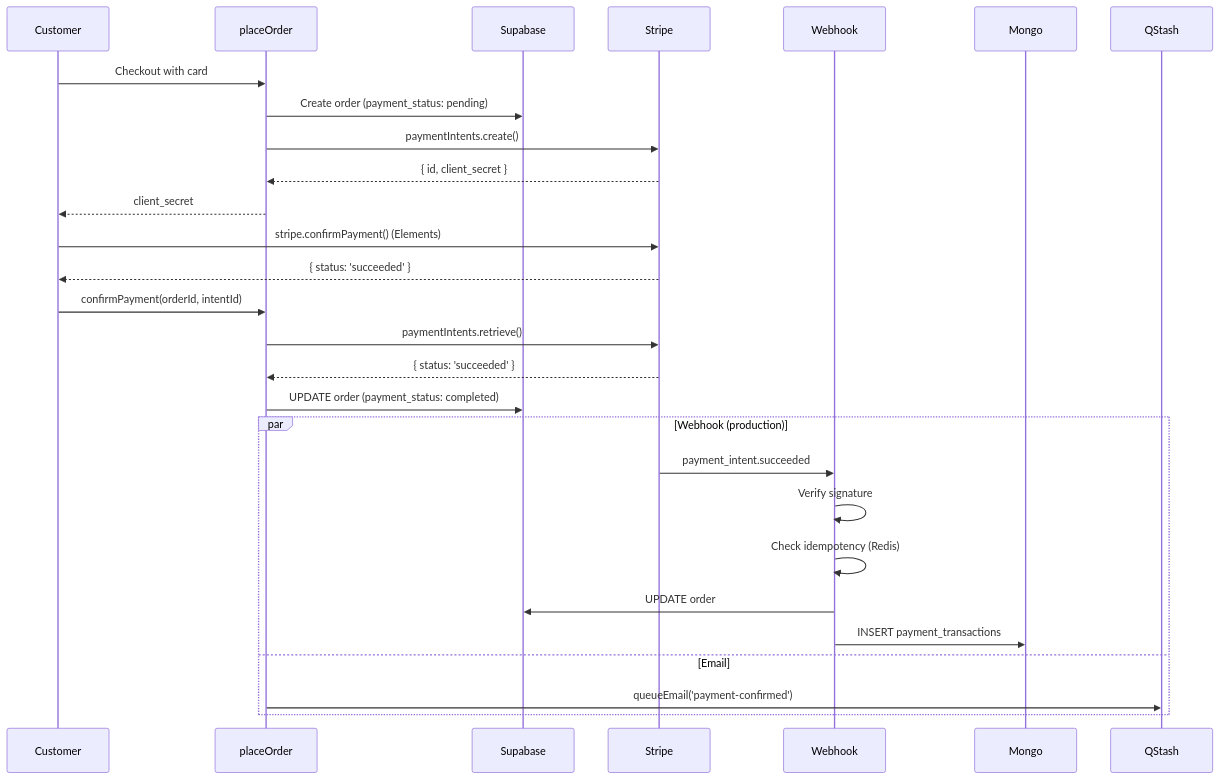
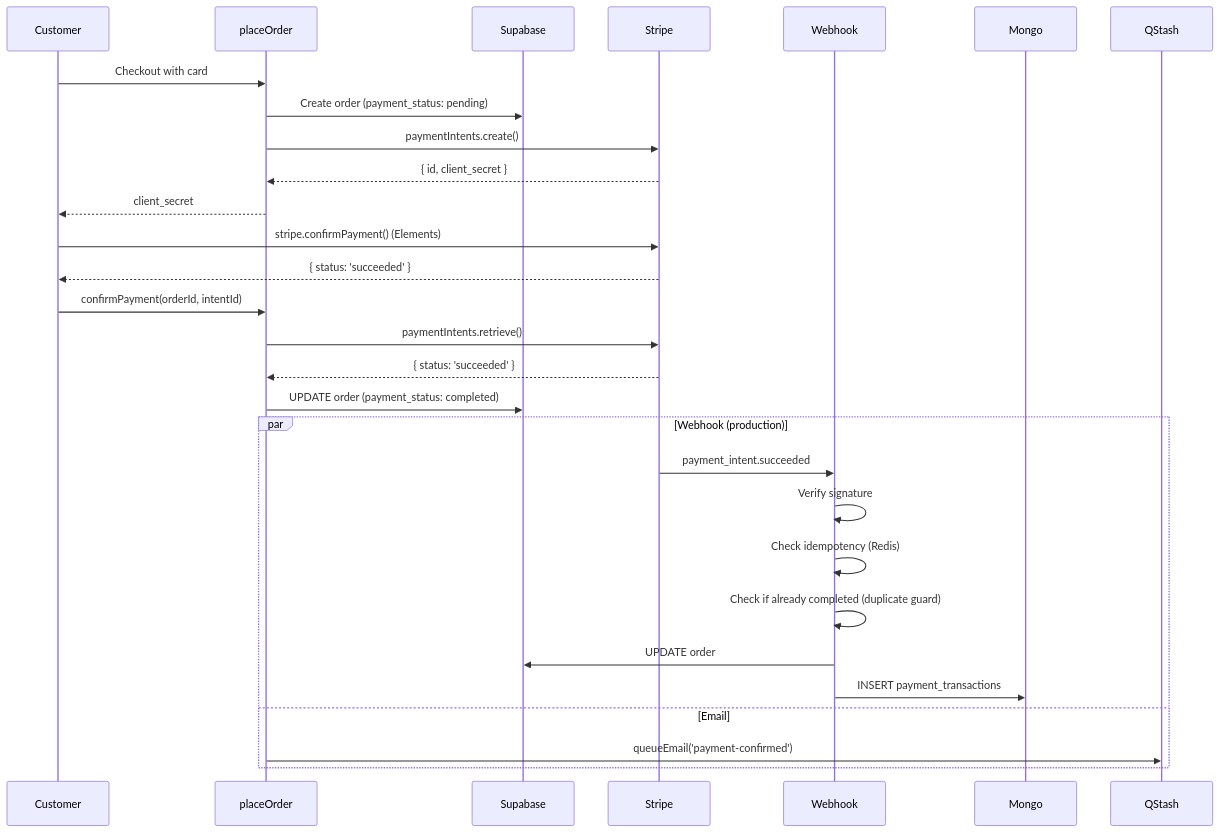
Before and after one commit to zainshah3464/vestior-store: the fourth of 11 diagrams in README.md, drawn with Mermaid. The commit also changed other lines of this file and 13 other files, not shown here.

````diff
--- a/README.md
+++ b/README.md
@@ -687,29 +713,30 @@
 ```mermaid
 sequenceDiagram
     participant U as Customer
     participant SA as placeOrder
     participant DB as Supabase
     participant SP as Stripe
     participant WH as Webhook
 
     U->>SA: Checkout with card
     SA->>DB: Create order (payment_status: pending)
     SA->>SP: paymentIntents.create()
     SP-->>SA: { id, client_secret }
     SA-->>U: client_secret
     U->>SP: stripe.confirmPayment() (Elements)
     SP-->>U: { status: 'succeeded' }
     U->>SA: confirmPayment(orderId, intentId)
     SA->>SP: paymentIntents.retrieve()
     SP-->>SA: { status: 'succeeded' }
     SA->>DB: UPDATE order (payment_status: completed)
     par Webhook (production)
         SP->>WH: payment_intent.succeeded
         WH->>WH: Verify signature
         WH->>WH: Check idempotency (Redis)
+        WH->>WH: Check if already completed (duplicate guard)
         WH->>DB: UPDATE order
         WH->>Mongo: INSERT payment_transactions
     and Email
         SA->>QStash: queueEmail('payment-confirmed')
     end
 ```
````
